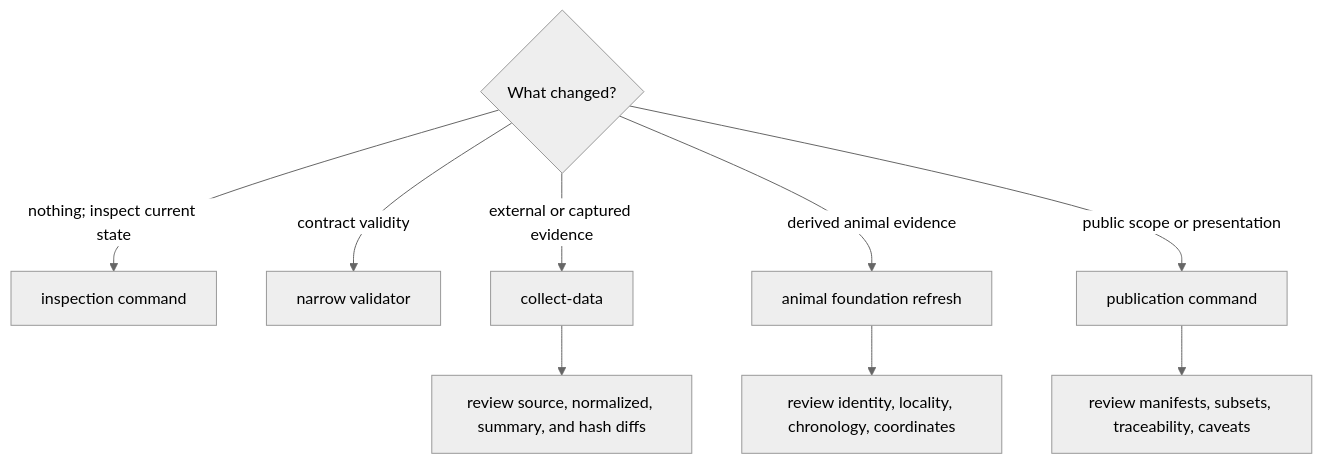
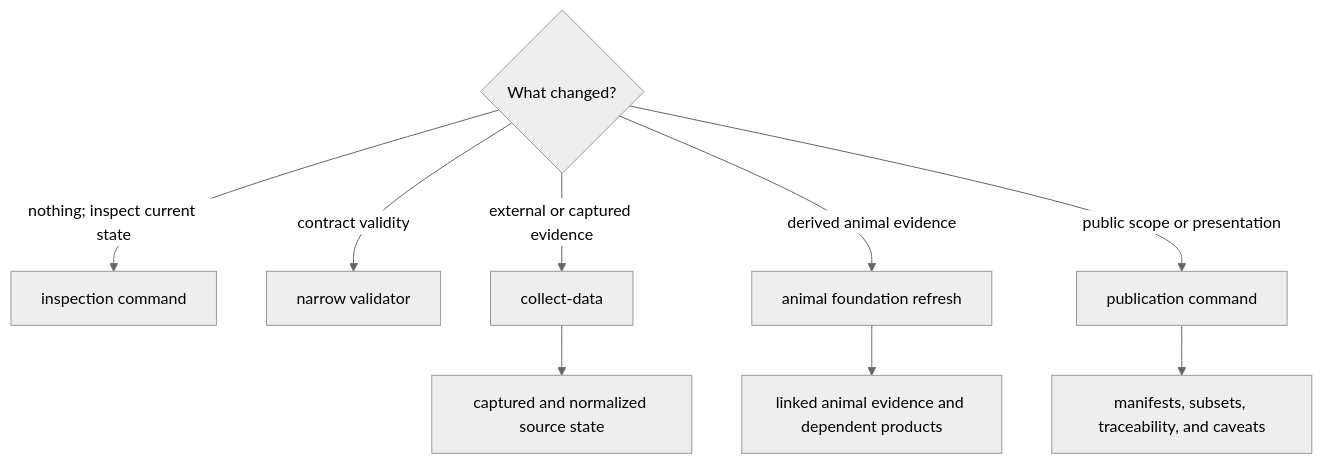
Before and after one commit to bijux/bijux-pollenomics: the diagram in docs/public/pollenomics/interfaces/operator-workflows.md, drawn with Mermaid (neutral theme). The commit also changed other lines of this file and 2 other files, not shown here.

````diff
--- a/docs/public/pollenomics/interfaces/operator-workflows.md
+++ b/docs/public/pollenomics/interfaces/operator-workflows.md
@@ -19,12 +19,12 @@
 ```mermaid
 flowchart TD
     Question{"What changed?"}
     Question -->|nothing; inspect current state| Inspect["inspection command"]
     Question -->|contract validity| Validate["narrow validator"]
     Question -->|external or captured evidence| Collect["collect-data"]
     Question -->|derived animal evidence| Foundation["animal foundation refresh"]
     Question -->|public scope or presentation| Publish["publication command"]
-    Collect --> ReviewData["review source, normalized, summary, and hash diffs"]
-    Foundation --> ReviewEvidence["review identity, locality, chronology, coordinates"]
-    Publish --> ReviewProduct["review manifests, subsets, traceability, caveats"]
+    Collect --> DataResult["captured and normalized source state"]
+    Foundation --> EvidenceResult["linked animal evidence and dependent products"]
+    Publish --> ProductResult["manifests, subsets, traceability, and caveats"]
 ```
````
